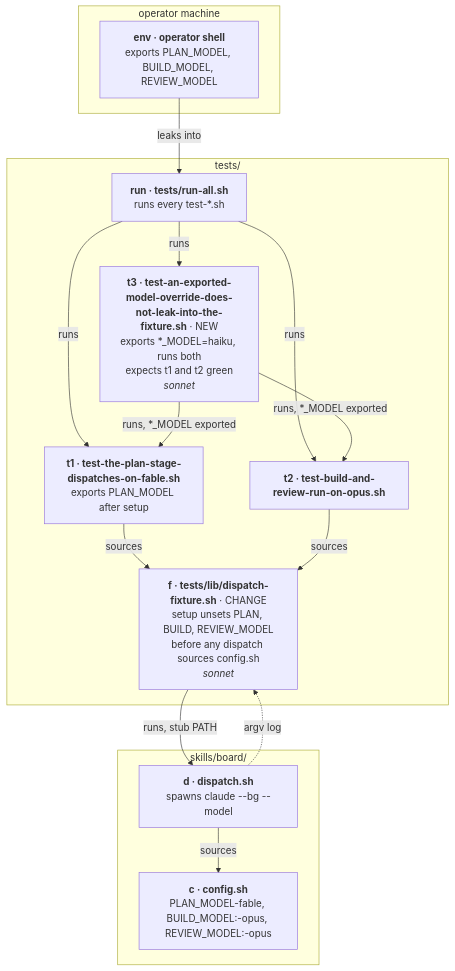
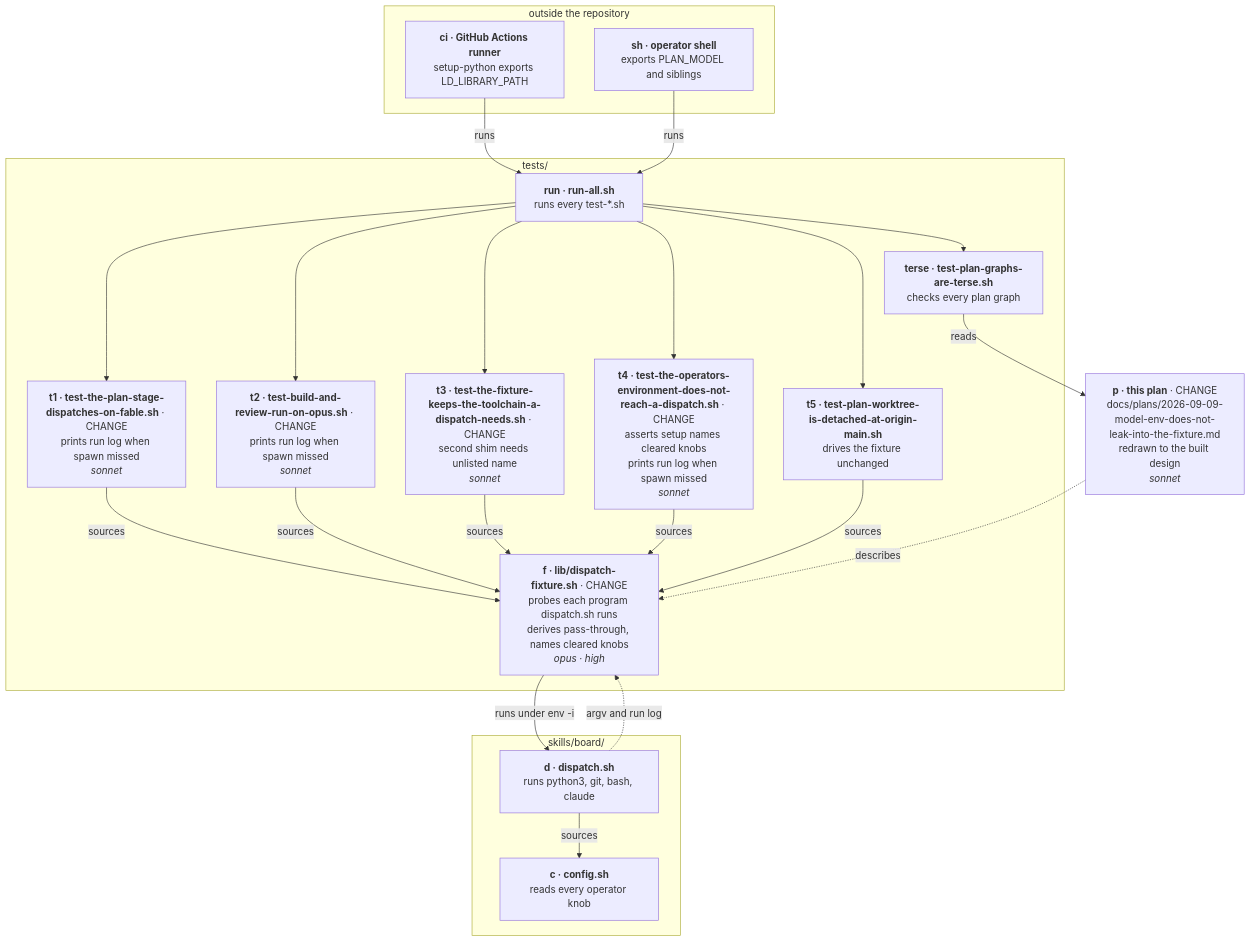
One commit to praveenVnktsh/foreman changed the diagram in docs/plans/2026-09-09-model-env-does-not-leak-into-the-fixture.md. Above: the diagram before and after it, drawn with Mermaid. The commit also changed 5 other files, not shown here.

First line of the commit message:
Derive what a dispatch's toolchain needs, and print the log that names it (PRA-349)

````diff
--- a/docs/plans/2026-09-09-model-env-does-not-leak-into-the-fixture.md
+++ b/docs/plans/2026-09-09-model-env-does-not-leak-into-the-fixture.md
@@ -1,31 +1,44 @@
 ```mermaid
 flowchart TD
-  subgraph host["operator machine"]
-    env["<b>env · operator shell</b><br/>exports PLAN_MODEL, BUILD_MODEL, REVIEW_MODEL"]
+  subgraph outside["outside the repository"]
+    ci["<b>ci · GitHub Actions runner</b><br/>setup-python exports LD_LIBRARY_PATH"]
+    sh["<b>sh · operator shell</b><br/>exports PLAN_MODEL and siblings"]
   end
 
   subgraph tests["tests/"]
-    t3["<b>t3 · test-an-exported-model-override-does-not-leak-into-the-fixture.sh</b> · NEW<br/>exports *_MODEL=haiku, runs both<br/>expects t1 and t2 green<br/><i>sonnet</i>"]
-    t1["<b>t1 · test-the-plan-stage-dispatches-on-fable.sh</b><br/>exports PLAN_MODEL after setup"]
-    t2["<b>t2 · test-build-and-review-run-on-opus.sh</b>"]
-    f["<b>f · tests/lib/dispatch-fixture.sh</b> · CHANGE<br/>setup unsets PLAN, BUILD, REVIEW_MODEL<br/>before any dispatch sources config.sh<br/><i>sonnet</i>"]
-    run["<b>run · tests/run-all.sh</b><br/>runs every test-*.sh"]
+    run["<b>run · run-all.sh</b><br/>runs every test-*.sh"]
+    f["<b>f · lib/dispatch-fixture.sh</b> · CHANGE<br/>probes each program dispatch.sh runs<br/>derives pass-through, names cleared knobs<br/><i>opus · high</i>"]
+    t1["<b>t1 · test-the-plan-stage-dispatches-on-fable.sh</b> · CHANGE<br/>prints run log when spawn missed<br/><i>sonnet</i>"]
+    t2["<b>t2 · test-build-and-review-run-on-opus.sh</b> · CHANGE<br/>prints run log when spawn missed<br/><i>sonnet</i>"]
+    t3["<b>t3 · test-the-fixture-keeps-the-toolchain-a-dispatch-needs.sh</b> · CHANGE<br/>second shim needs unlisted name<br/><i>sonnet</i>"]
+    t4["<b>t4 · test-the-operators-environment-does-not-reach-a-dispatch.sh</b> · CHANGE<br/>asserts setup names cleared knobs<br/>prints run log when spawn missed<br/><i>sonnet</i>"]
+    t5["<b>t5 · test-plan-worktree-is-detached-at-origin-main.sh</b><br/>drives the fixture unchanged"]
+    terse["<b>terse · test-plan-graphs-are-terse.sh</b><br/>checks every plan graph"]
   end
 
   subgraph board["skills/board/"]
-    d["<b>d · dispatch.sh</b><br/>spawns claude --bg --model"]
-    c["<b>c · config.sh</b><br/>PLAN_MODEL-fable, BUILD_MODEL:-opus, REVIEW_MODEL:-opus"]
+    d["<b>d · dispatch.sh</b><br/>runs python3, git, bash, claude"]
+    c["<b>c · config.sh</b><br/>reads every operator knob"]
   end
 
-  env -->|"leaks into"| run
-  run -->|"runs"| t3
-  run -->|"runs"| t1
-  run -->|"runs"| t2
-  t3 -->|"runs, *_MODEL exported"| t1
-  t3 -->|"runs, *_MODEL exported"| t2
+  p["<b>p · this plan</b> · CHANGE<br/>docs/plans/2026-09-09-model-env-does-not-leak-into-the-fixture.md<br/>redrawn to the built design<br/><i>sonnet</i>"]
+
+  ci -->|"runs"| run
+  sh -->|"runs"| run
+  run --> t1
+  run --> t2
+  run --> t3
+  run --> t4
+  run --> t5
+  run --> terse
   t1 -->|"sources"| f
   t2 -->|"sources"| f
-  f -->|"runs, stub PATH"| d
+  t3 -->|"sources"| f
+  t4 -->|"sources"| f
+  t5 -->|"sources"| f
+  f -->|"runs under env -i"| d
   d -->|"sources"| c
-  d -.->|"argv log"| f
+  d -.->|"argv and run log"| f
+  terse -->|"reads"| p
+  p -.->|"describes"| f
 ```
````
